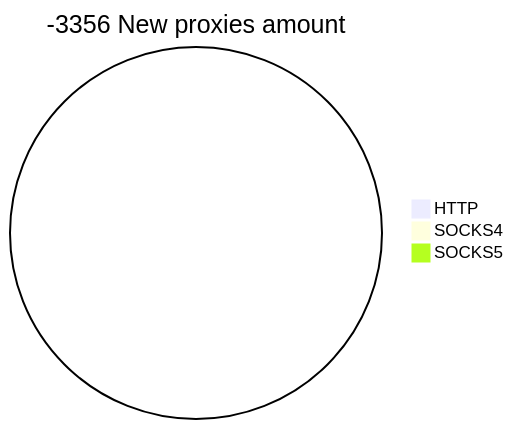
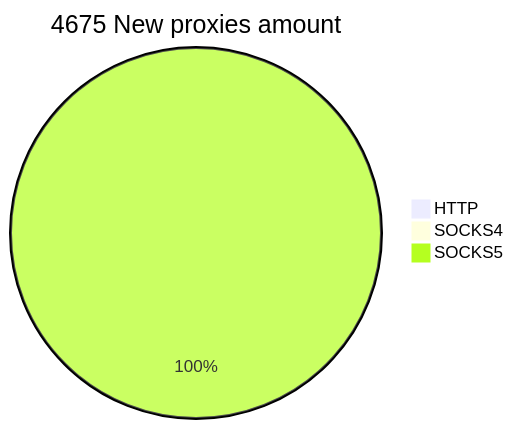
Before and after one commit to cutipu/proxylist: the second of 2 diagrams in README.md, drawn with Mermaid. The commit also changed other lines of this file, not shown here.

````diff
--- a/README.md
+++ b/README.md
@@ -10,6 +10,6 @@
 ```mermaid
-pie title -3356 New proxies amount
+pie title 4675 New proxies amount
     "HTTP" : 0
-    "SOCKS4" : 0
-    "SOCKS5" : 0
+    "SOCKS4" : 1
+    "SOCKS5" : 4674
 ```
````
